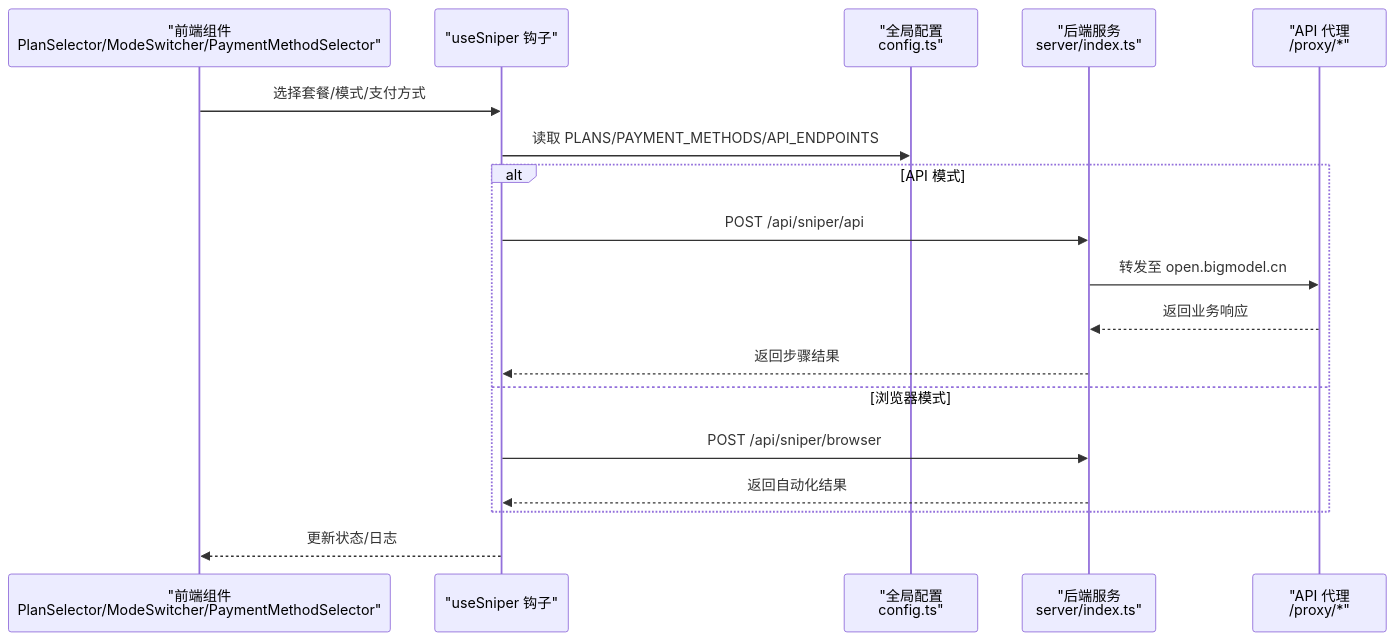
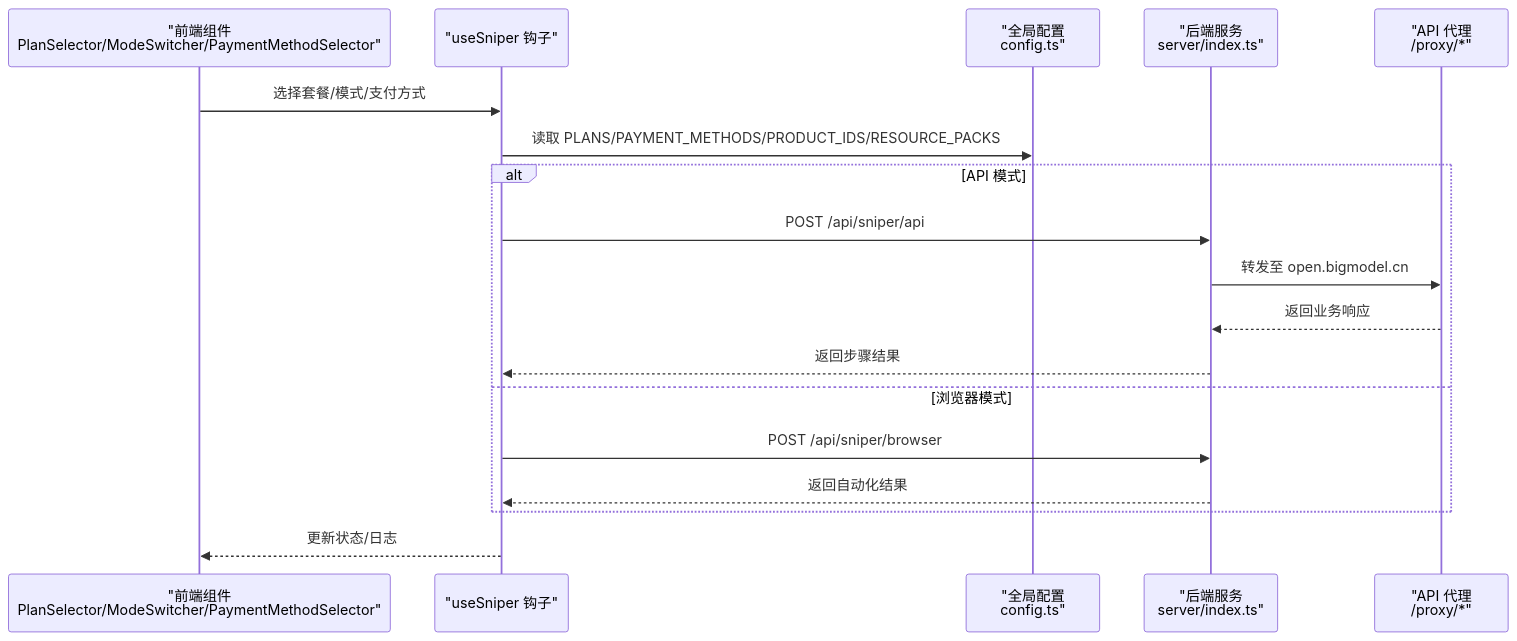
Before and after one commit to 16499259-oss/GLM-sniper: the second of 3 diagrams in .qoder/repowiki/zh/content/配置管理.md, drawn with Mermaid. The commit also changed other lines of this file and 5 other files, not shown here.

````diff
--- a/.qoder/repowiki/zh/content/配置管理.md
+++ b/.qoder/repowiki/zh/content/配置管理.md
@@ -141,20 +145,20 @@
 ```mermaid
 sequenceDiagram
 participant UI as "前端组件<br/>PlanSelector/ModeSwitcher/PaymentMethodSelector"
 participant Hook as "useSniper 钩子"
 participant CFG as "全局配置<br/>config.ts"
 participant API as "后端服务<br/>server/index.ts"
 participant Proxy as "API 代理<br/>/proxy/*"
 UI->>Hook : 选择套餐/模式/支付方式
-Hook->>CFG : 读取 PLANS/PAYMENT_METHODS/API_ENDPOINTS
+Hook->>CFG : 读取 PLANS/PAYMENT_METHODS/PRODUCT_IDS/RESOURCE_PACKS
 alt API 模式
 Hook->>API : POST /api/sniper/api
 API->>Proxy : 转发至 open.bigmodel.cn
 Proxy-->>API : 返回业务响应
 API-->>Hook : 返回步骤结果
 else 浏览器模式
 Hook->>API : POST /api/sniper/browser
 API-->>Hook : 返回自动化结果
 end
 Hook-->>UI : 更新状态/日志
 ```
````
